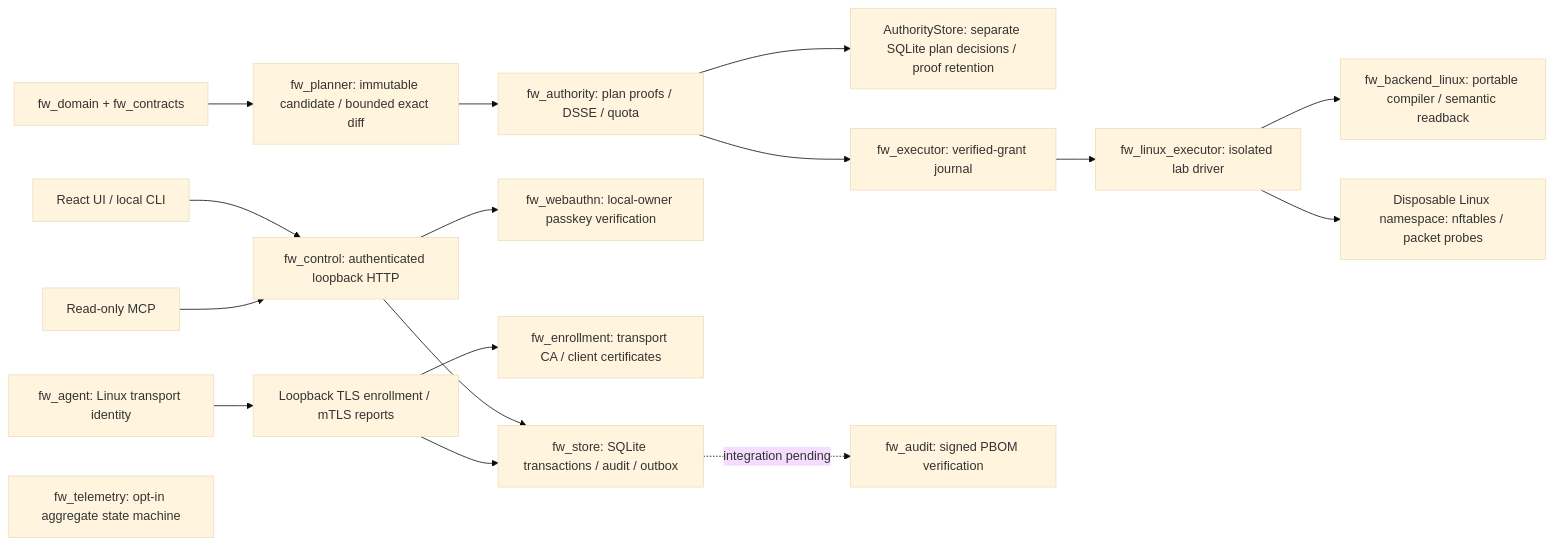
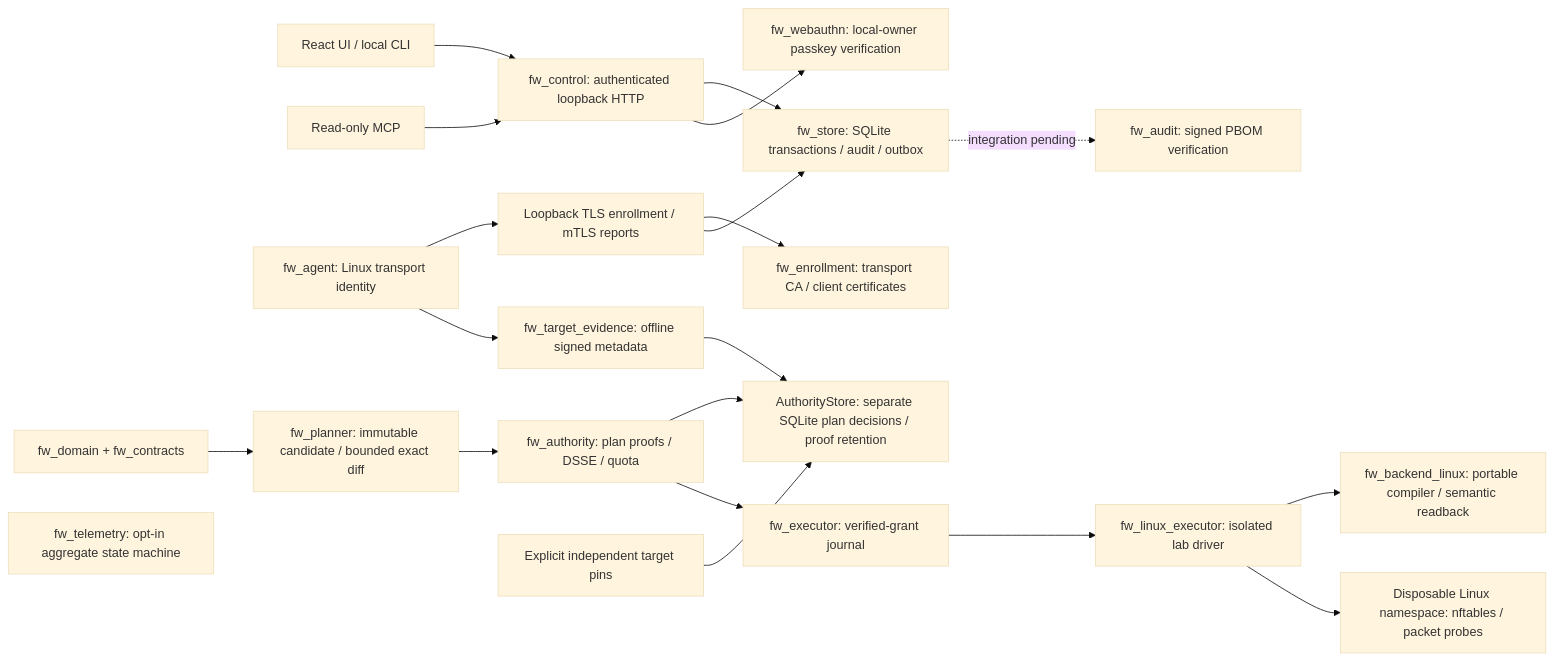
The diagram in docs/implementation.md (simhanson123/Nox_Warden), drawn with Mermaid (base theme) before and after one commit. The commit also changed other lines of this file and 33 other files, not shown here.

````diff
--- a/docs/implementation.md
+++ b/docs/implementation.md
@@ -7,19 +7,22 @@
 ```mermaid
 flowchart LR
   UI[React UI / local CLI] --> API[fw_control: authenticated loopback HTTP]
   MCP[Read-only MCP] --> API
   API --> DB[fw_store: SQLite transactions / audit / outbox]
   API --> WA[fw_webauthn: local-owner passkey verification]
   AG[fw_agent: Linux transport identity] --> TLS[Loopback TLS enrollment / mTLS reports]
   TLS --> PKI[fw_enrollment: transport CA / client certificates]
   TLS --> DB
   D[fw_domain + fw_contracts] --> P[fw_planner: immutable candidate / bounded exact diff]
   P --> A[fw_authority: plan proofs / DSSE / quota]
   A --> AS[AuthorityStore: separate SQLite plan decisions / proof retention]
+  AG --> ME[fw_target_evidence: offline signed metadata]
+  MP[Explicit independent target pins] --> AS
+  ME --> AS
   A --> E[fw_executor: verified-grant journal]
   E --> L[fw_linux_executor: isolated lab driver]
   L --> N[fw_backend_linux: portable compiler / semantic readback]
   L --> K[Disposable Linux namespace: nftables / packet probes]
   DB -. integration pending .-> AUD[fw_audit: signed PBOM verification]
   T[fw_telemetry: opt-in aggregate state machine]
 ```
````
